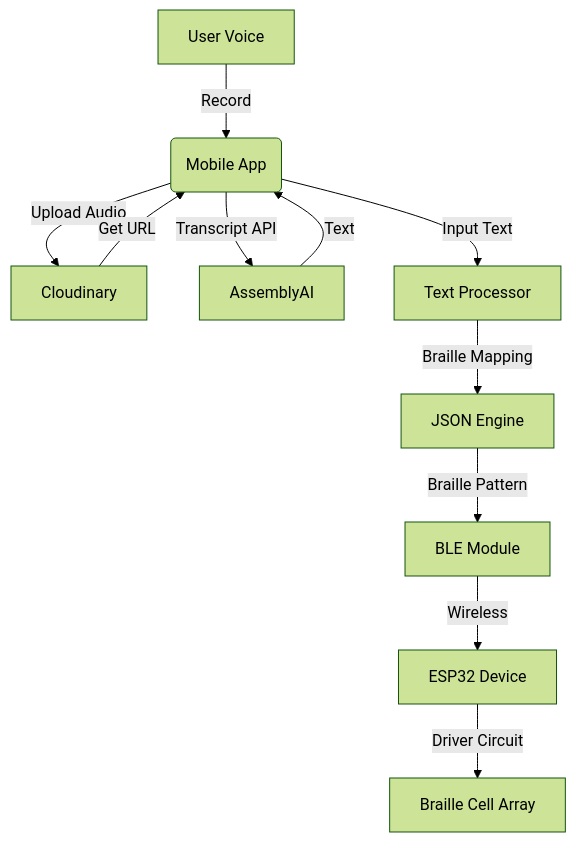
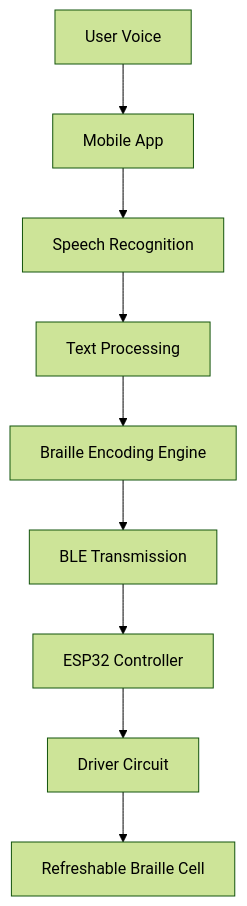
One commit to Sibsankar-de/sphoorti-app changed the diagram in README.md. Above: the diagram before and after it, drawn with Mermaid (forest theme). The commit also changed other lines of this file, not shown here.

````diff
--- a/README.md
+++ b/README.md
@@ -57,13 +85,11 @@
 ```mermaid
 flowchart TB
-    A[User Voice] -->|Record| B(Mobile App)
-    B -->|Upload Audio| C[Cloudinary]
-    C -->|Get URL| B
-    B -->|Transcript API| D[AssemblyAI]
-    D -->|Text| B
-    B -->|Input Text| E[Text Processor]
-    E -->|Braille Mapping| F[JSON Engine]
-    F -->|Braille Pattern| G[BLE Module]
-    G -->|Wireless| H[ESP32 Device]
-    H -->|Driver Circuit| I[Braille Cell Array]
+    A[User Voice] --> B[Mobile App]
+    B --> C[Speech Recognition]
+    C --> D[Text Processing]
+    D --> E[Braille Encoding Engine]
+    E --> F[BLE Transmission]
+    F --> G[ESP32 Controller]
+    G --> H[Driver Circuit]
+    H --> I[Refreshable Braille Cell]
 ```
````
